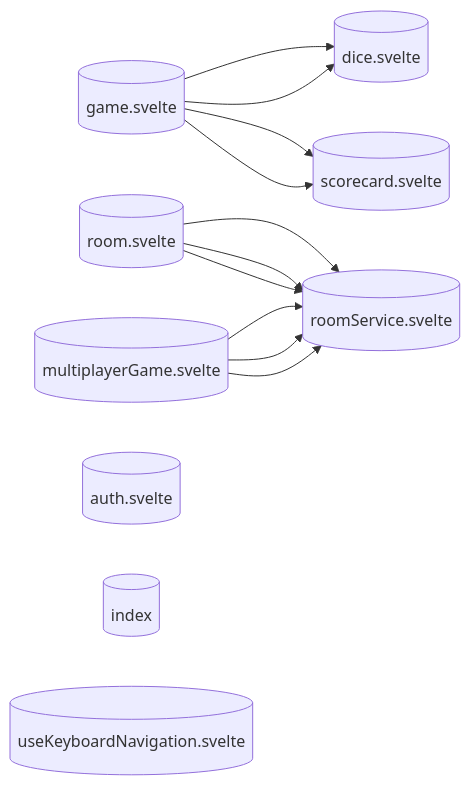
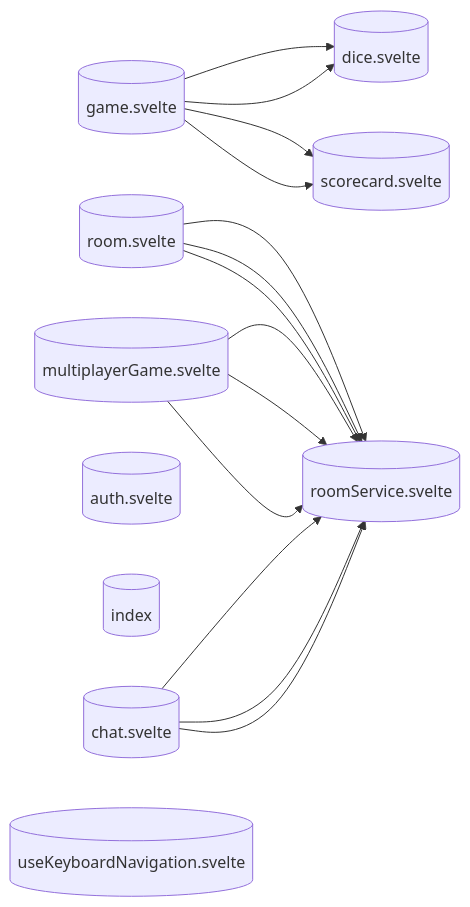
Before and after one commit to verlyn13/dicee: the diagram in docs/architecture/akg/diagrams/STORE_DEPENDENCIES.md, drawn with Mermaid. The commit also changed other lines of this file and 39 other files, not shown here.

First line of the commit message:
chore(workflow): migrate to unified Cloudflare architecture (Phase 9)

````diff
--- a/docs/architecture/akg/diagrams/STORE_DEPENDENCIES.md
+++ b/docs/architecture/akg/diagrams/STORE_DEPENDENCIES.md
@@ -13,23 +13,27 @@
 ```mermaid
 flowchart LR
     store__game_svelte__tores_game_svelte_ts[("game.svelte")]
     store__room_svelte__tores_room_svelte_ts[("room.svelte")]
     store__multiplayerGame_svelte__playerGam[("multiplayerGame.svelte")]
     store__scorecard_svelte___scorecard_svel[("scorecard.svelte")]
     store__dice_svelte__tores_dice_svelte_ts[("dice.svelte")]
     store__auth_svelte__tores_auth_svelte_ts[("auth.svelte")]
     store__index___lib_stores_index_ts[("index")]
+    store__chat_svelte__tores_chat_svelte_ts[("chat.svelte")]
     store__useKeyboardNavigation_svelte__Nav[("useKeyboardNavigation.svelte")]
     store__roomService_svelte__oomService_sv[("roomService.svelte")]
 
     store__game_svelte__tores_game_svelte_ts --> store__dice_svelte__tores_dice_svelte_ts
     store__game_svelte__tores_game_svelte_ts --> store__scorecard_svelte___scorecard_svel
     store__game_svelte__tores_game_svelte_ts --> store__dice_svelte__tores_dice_svelte_ts
     store__game_svelte__tores_game_svelte_ts --> store__scorecard_svelte___scorecard_svel
     store__room_svelte__tores_room_svelte_ts --> store__roomService_svelte__oomService_sv
     store__room_svelte__tores_room_svelte_ts --> store__roomService_svelte__oomService_sv
     store__room_svelte__tores_room_svelte_ts --> store__roomService_svelte__oomService_sv
     store__multiplayerGame_svelte__playerGam --> store__roomService_svelte__oomService_sv
     store__multiplayerGame_svelte__playerGam --> store__roomService_svelte__oomService_sv
     store__multiplayerGame_svelte__playerGam --> store__roomService_svelte__oomService_sv
+    store__chat_svelte__tores_chat_svelte_ts --> store__roomService_svelte__oomService_sv
+    store__chat_svelte__tores_chat_svelte_ts --> store__roomService_svelte__oomService_sv
+    store__chat_svelte__tores_chat_svelte_ts --> store__roomService_svelte__oomService_sv
 ```
````
